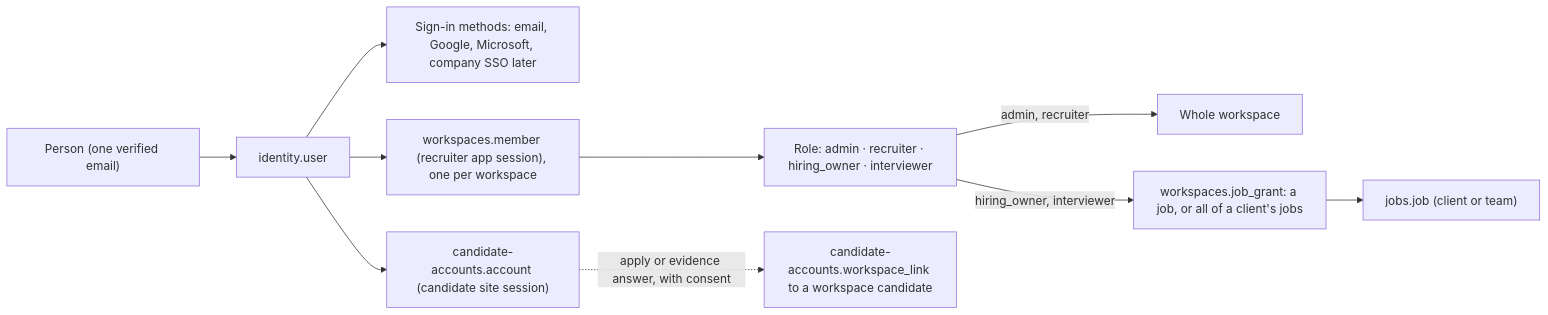
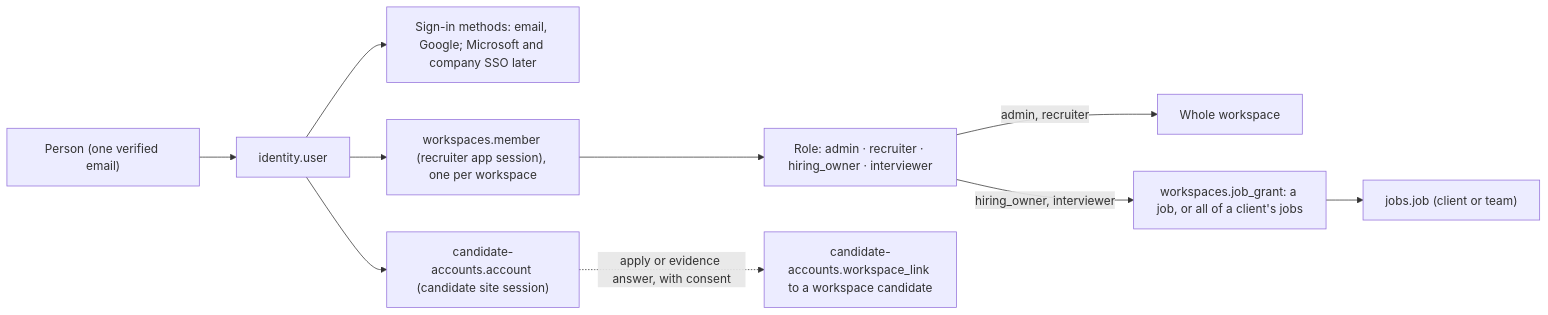
Before and after one commit to ALFRED-LUCIFER/aivera: the diagram in docs/adr/ADR-009-identity-and-account-model.md, drawn with Mermaid. The commit also changed other lines of this file and 7 other files, not shown here.

````diff
--- a/docs/adr/ADR-009-identity-and-account-model.md
+++ b/docs/adr/ADR-009-identity-and-account-model.md
@@ -67,12 +67,12 @@
 ```mermaid
 flowchart LR
   P["Person (one verified email)"] --> U["identity.user"]
-  U --> M1["Sign-in methods: email, Google, Microsoft, company SSO later"]
+  U --> M1["Sign-in methods: email, Google; Microsoft and company SSO later"]
   U --> CA["candidate-accounts.account (candidate site session)"]
   U --> WM["workspaces.member (recruiter app session), one per workspace"]
   WM --> R["Role: admin · recruiter · hiring_owner · interviewer"]
   R -->|"admin, recruiter"| ALL["Whole workspace"]
   R -->|"hiring_owner, interviewer"| JG["workspaces.job_grant: a job, or all of a client's jobs"]
   JG --> J["jobs.job (client or team)"]
   CA -.->|"apply or evidence answer, with consent"| L["candidate-accounts.workspace_link to a workspace candidate"]
 ```
````
